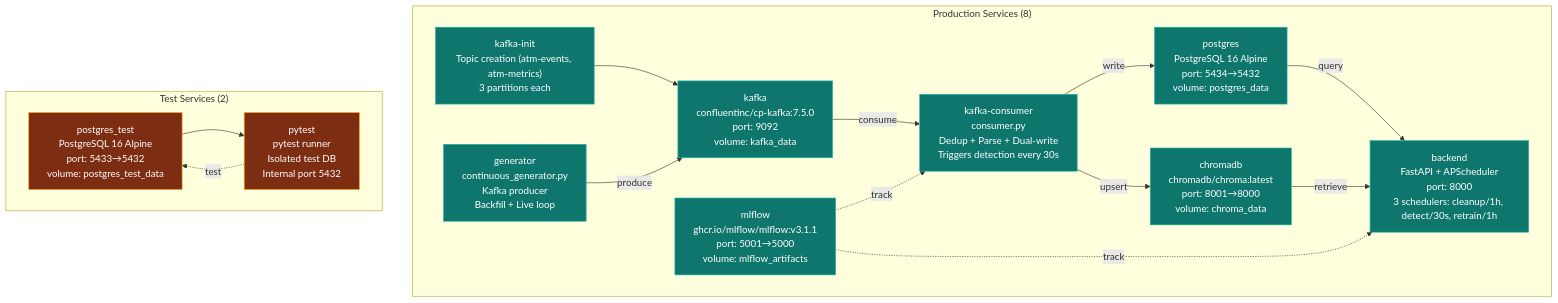
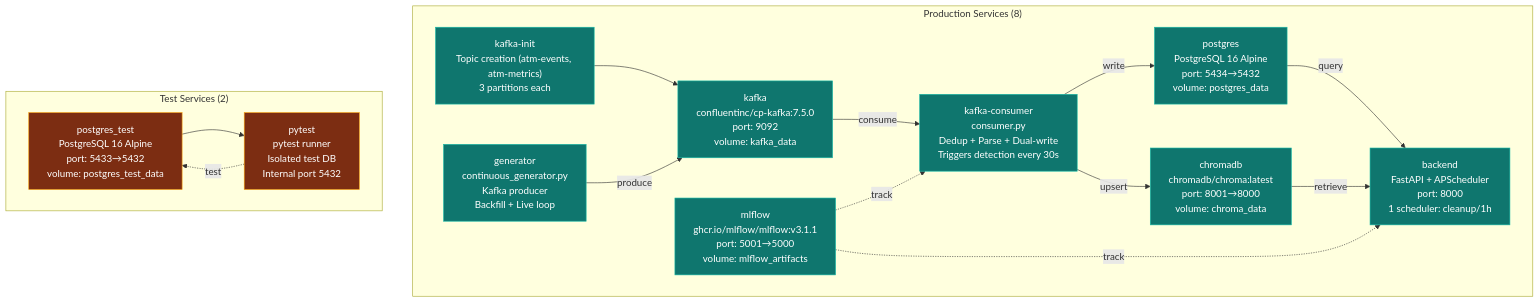
The ninth of 9 diagrams in README.md (AhmedIkram05/laad), drawn with Mermaid before and after one commit. The commit also changed other lines of this file and 1 other file, not shown here.

````diff
--- a/README.md
+++ b/README.md
@@ -1263,37 +1262,37 @@
 ```mermaid
 flowchart TD
   subgraph Production ["Production Services (8)"]
     PG["postgres\nPostgreSQL 16 Alpine\nport: 5434→5432\nvolume: postgres_data"]
     KF["kafka\nconfluentinc/cp-kafka:7.5.0\nport: 9092\nvolume: kafka_data"]
     KI["kafka-init\nTopic creation (atm-events, atm-metrics)\n3 partitions each"]
     KC["kafka-consumer\nconsumer.py\nDedup + Parse + Dual-write\nTriggers detection every 30s"]
     CB["chromadb\nchromadb/chroma:latest\nport: 8001→8000\nvolume: chroma_data"]
-    BE["backend\nFastAPI + APScheduler\nport: 8000\n3 schedulers: cleanup/1h, detect/30s, retrain/1h"]
+    BE["backend\nFastAPI + APScheduler\nport: 8000\n1 scheduler: cleanup/1h"]
     GE["generator\ncontinuous_generator.py\nKafka producer\nBackfill + Live loop"]
     MF["mlflow\nghcr.io/mlflow/mlflow:v3.1.1\nport: 5001→5000\nvolume: mlflow_artifacts"]
   end
 
   subgraph Test ["Test Services (2)"]
     TP["postgres_test\nPostgreSQL 16 Alpine\nport: 5433→5432\nvolume: postgres_test_data"]
     PY["pytest\npytest runner\nIsolated test DB\nInternal port 5432"]
   end
 
   KI --> KF
   GE -->|"produce"| KF
   KF -->|"consume"| KC
   KC -->|"write"| PG
   KC -->|"upsert"| CB
   PG -->|"query"| BE
   CB -->|"retrieve"| BE
   MF -.->|"track"| BE
   MF -.->|"track"| KC
 
   TP --> PY
   PY -.->|"test"| TP
 
   classDef prod fill:#0f766e,stroke:#14b8a6,color:#ffffff;
   classDef test fill:#7c2d12,stroke:#f59e0b,color:#ffffff;
 
   class PG,KF,KI,KC,CB,BE,GE,MF prod;
   class TP,PY test;
 ```
````
